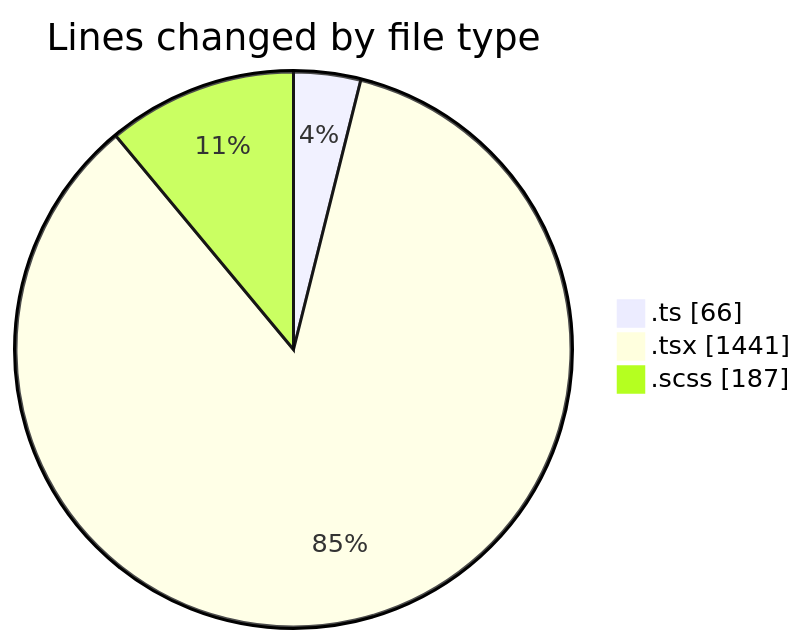
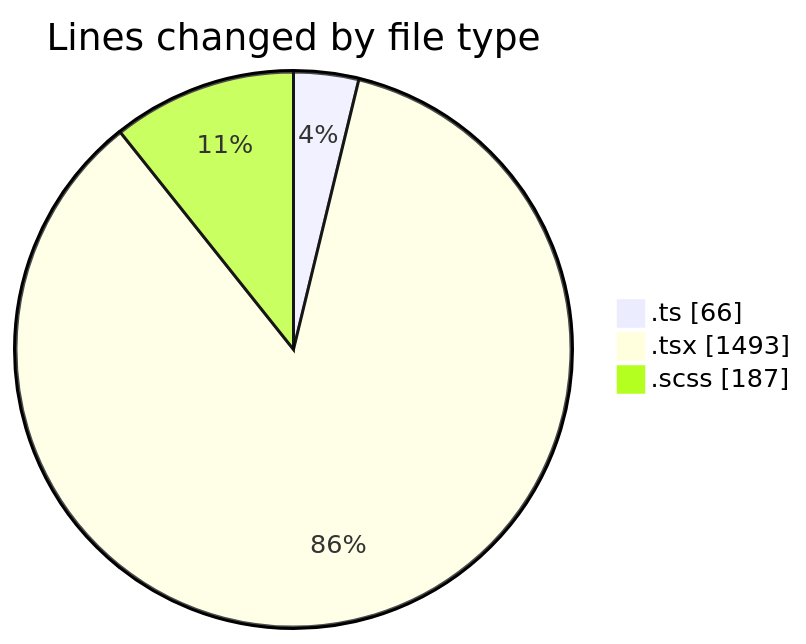
The first of 2 diagrams in 2025-03-21/cda/README.md (momahboobian/code-tracking), drawn with Mermaid before and after one commit. The commit also changed other lines of this file and 1 other file, not shown here.

````diff
--- a/2025-03-21/cda/README.md
+++ b/2025-03-21/cda/README.md
@@ -32,7 +32,7 @@
 ```mermaid
 pie showData
 title Lines changed by file type
 ".ts" : 66
-".tsx" : 1441
+".tsx" : 1493
 ".scss" : 187
 ```
````
